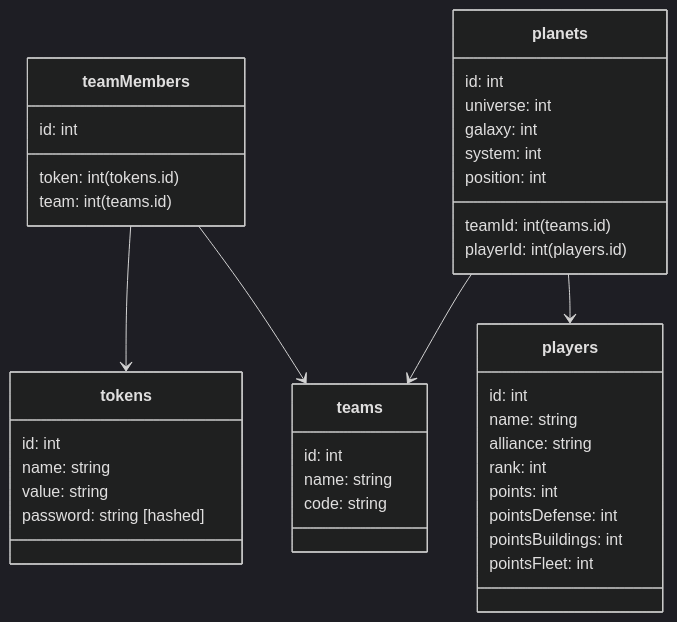
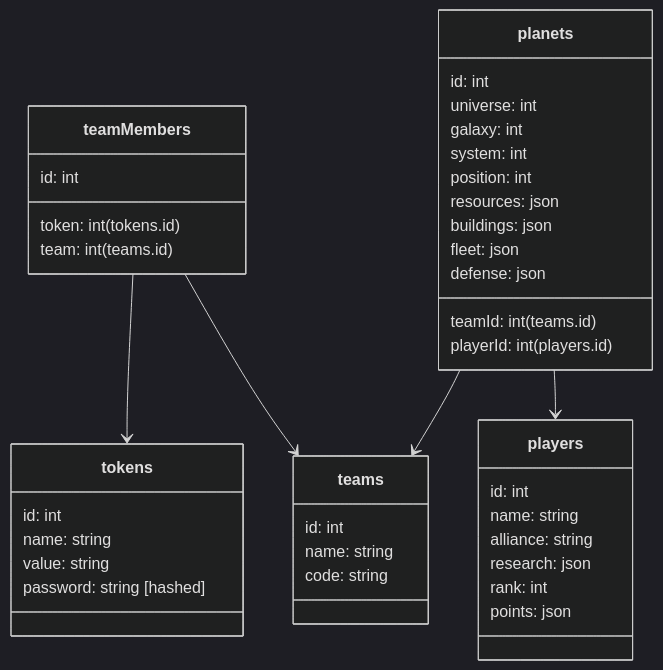
One commit to anoff/teamview changed the diagram in readme.md. Above: the diagram before and after it, drawn with Mermaid (dark theme). The commit also changed other lines of this file and 9 other files, not shown here.

````diff
--- a/readme.md
+++ b/readme.md
@@ -23,42 +24,44 @@
 ```mermaid
 classDiagram
   teamMembers --> teams
   teamMembers --> tokens
   planets --> players
   planets --> teams
   class tokens {
     id: int
     name: string
     value: string
     password: string [hashed]
   }
   class teams {
     id: int
     name: string
     code: string
   }
   class teamMembers {
     id: int
     token: int (tokens.id)
     team: int (teams.id)
   }
   class planets {
     id: int
     teamId: int (teams.id)
     universe: int
     galaxy: int
     system: int
     position: int
+    resources: json
+    buildings: json
+    fleet: json
+    defense: json
     playerId: int (players.id)
   }
   class players {
     id: int
     name: string
     alliance: string
+    research: json
     rank: int
-    points: int
-    pointsDefense: int
-    pointsBuildings: int
-    pointsFleet: int
+    points: json
   }
 ```
````
